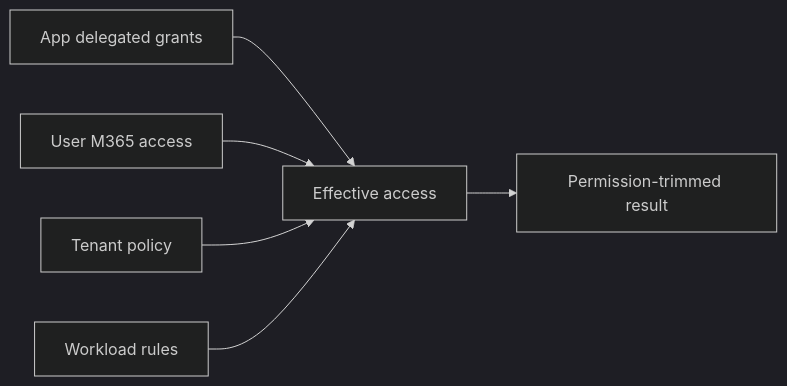
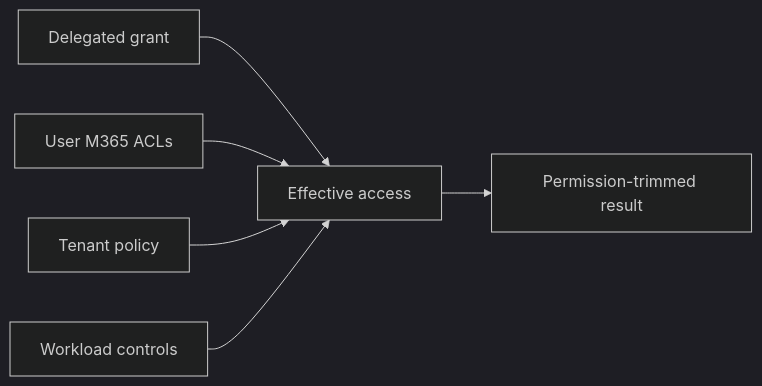
One commit to jeffrey-groneberg/workiq-deepagents changed the diagram in docs/authentication.md. Above: the diagram before and after it, drawn with Mermaid (dark theme). The commit also changed other lines of this file and 10 other files, not shown here.

````diff
--- a/docs/authentication.md
+++ b/docs/authentication.md
@@ -7,8 +19,8 @@
 ```mermaid
 flowchart LR
-    A[App delegated grants] --> X[Effective access]
-    U[User M365 access] --> X
+    G[Delegated grant] --> X[Effective access]
+    U[User M365 ACLs] --> X
     T[Tenant policy] --> X
-    W[Workload rules] --> X
+    W[Workload controls] --> X
     X --> R[Permission-trimmed result]
 ```
````
